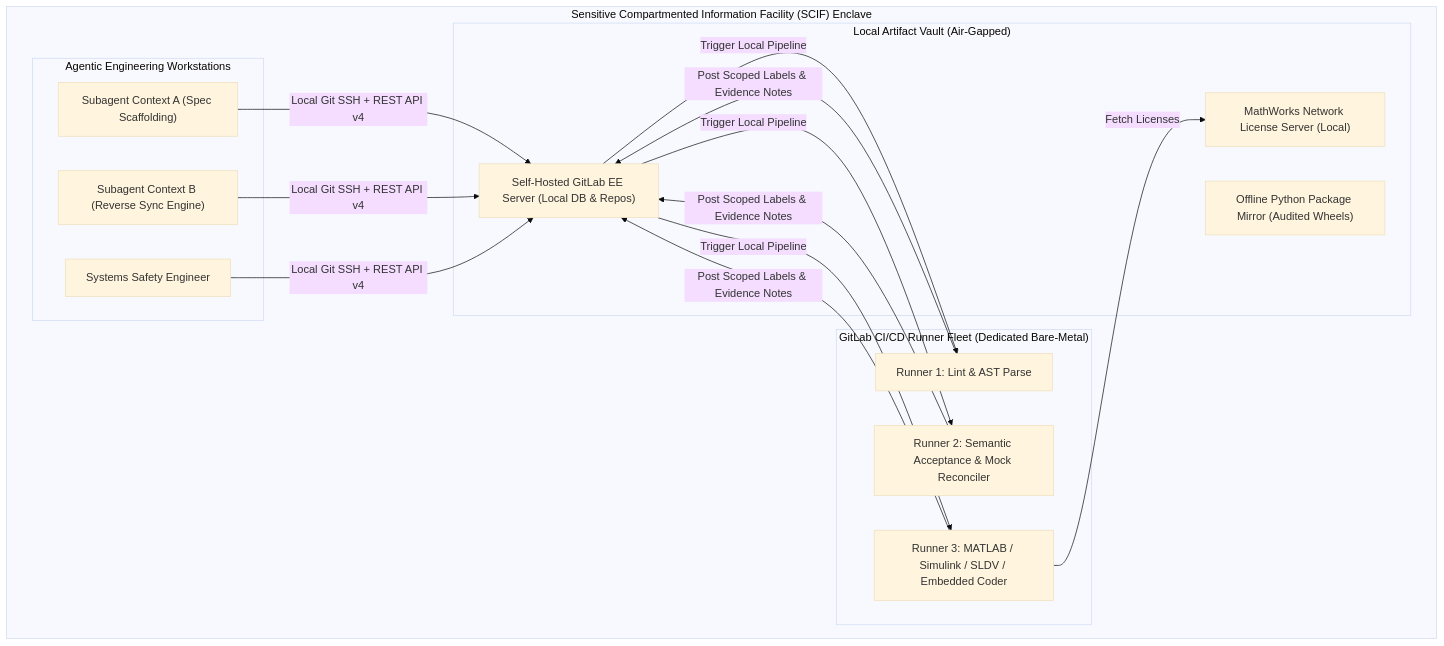
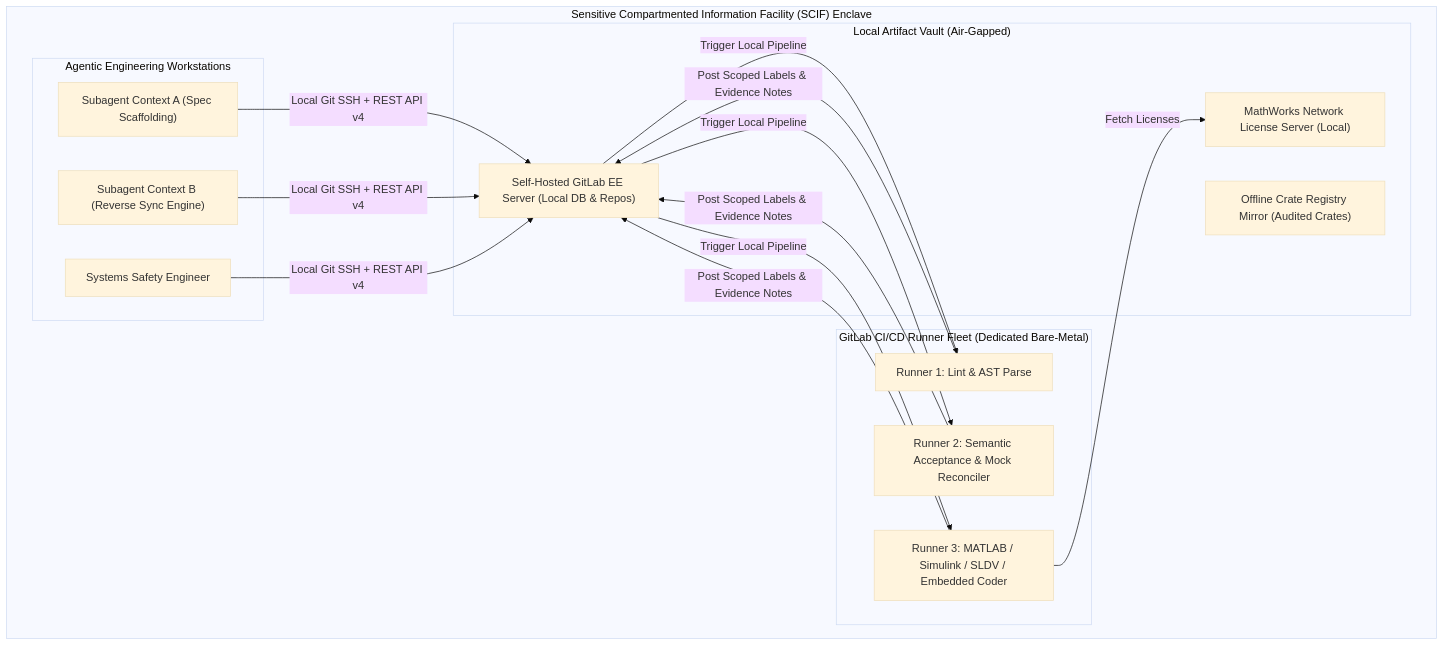
One commit to gintatkinson/DEAP01-spec-core changed diagram 12 of 19 in docs/architecture/blueprints/MULTI_PROVIDER_GITLAB_INFRASTRUCTURE_ARCHITECTURE.md. Above: the diagram before and after it, drawn with Mermaid (base theme). The commit also changed other lines of this file and 162 other files, not shown here.

````diff
--- a/docs/architecture/blueprints/MULTI_PROVIDER_GITLAB_INFRASTRUCTURE_ARCHITECTURE.md
+++ b/docs/architecture/blueprints/MULTI_PROVIDER_GITLAB_INFRASTRUCTURE_ARCHITECTURE.md
@@ -894,33 +894,33 @@
 ```mermaid
 flowchart TD
     subgraph SCIF_Enclave ["Sensitive Compartmented Information Facility (SCIF) Enclave"]
         subgraph Vault ["Local Artifact Vault (Air-Gapped)"]
             GitLab_EE["Self-Hosted GitLab EE Server (Local DB & Repos)"]
-            PyPI_Mirror["Offline Python Package Mirror (Audited Wheels)"]
+            Cargo_Mirror["Offline Crate Registry Mirror (Audited Crates)"]
             MATLAB_Server["MathWorks Network License Server (Local)"]
         end
 
         subgraph Runner_Fleet ["GitLab CI/CD Runner Fleet (Dedicated Bare-Metal)"]
             Runner1["Runner 1: Lint & AST Parse"]
             Runner2["Runner 2: Semantic Acceptance & Mock Reconciler"]
             Runner3["Runner 3: MATLAB / Simulink / SLDV / Embedded Coder"]
         end
 
         subgraph Agentic_Dev ["Agentic Engineering Workstations"]
             Agent1["Subagent Context A (Spec Scaffolding)"]
             Agent2["Subagent Context B (Reverse Sync Engine)"]
             Dev1["Systems Safety Engineer"]
         end
     end
 
     Agent1 -->|"Local Git SSH + REST API v4"| GitLab_EE
     Agent2 -->|"Local Git SSH + REST API v4"| GitLab_EE
     Dev1 -->|"Local Git SSH + REST API v4"| GitLab_EE
 
     GitLab_EE -->|"Trigger Local Pipeline"| Runner1
     GitLab_EE -->|"Trigger Local Pipeline"| Runner2
     GitLab_EE -->|"Trigger Local Pipeline"| Runner3
 
     Runner3 -->|"Fetch Licenses"| MATLAB_Server
     Runner1 & Runner2 & Runner3 -->|"Post Scoped Labels & Evidence Notes"| GitLab_EE
 ```
````
